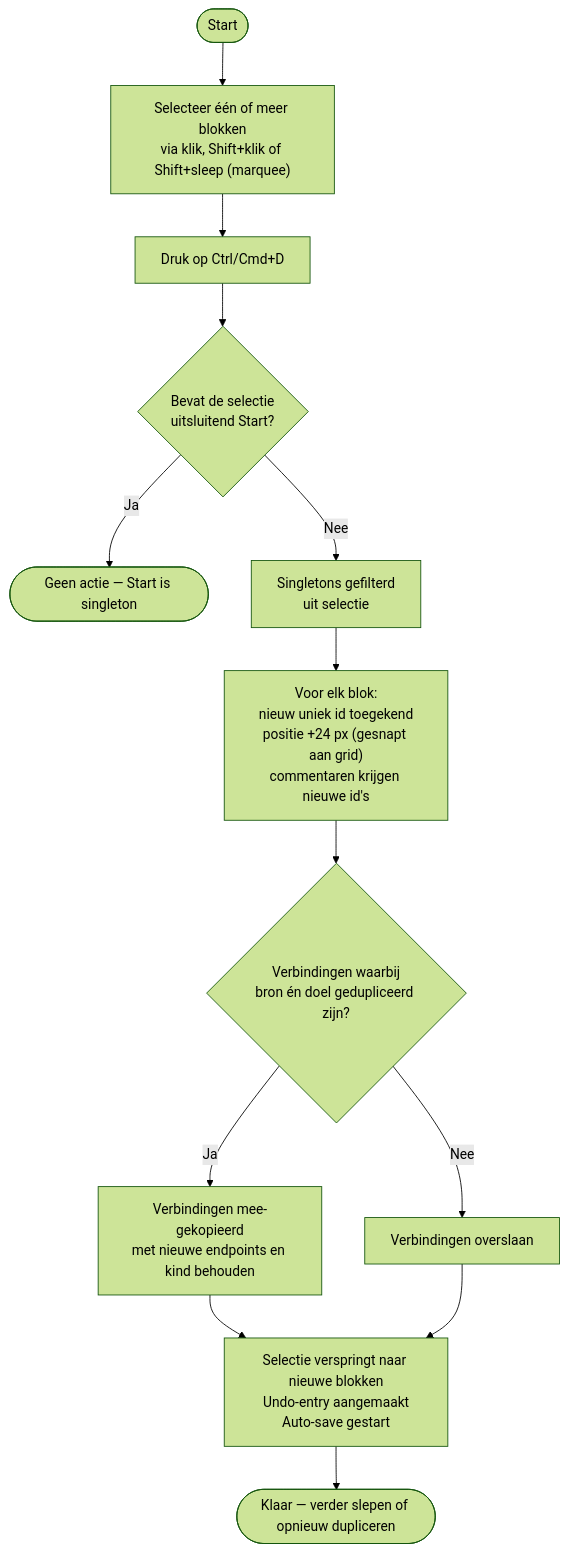
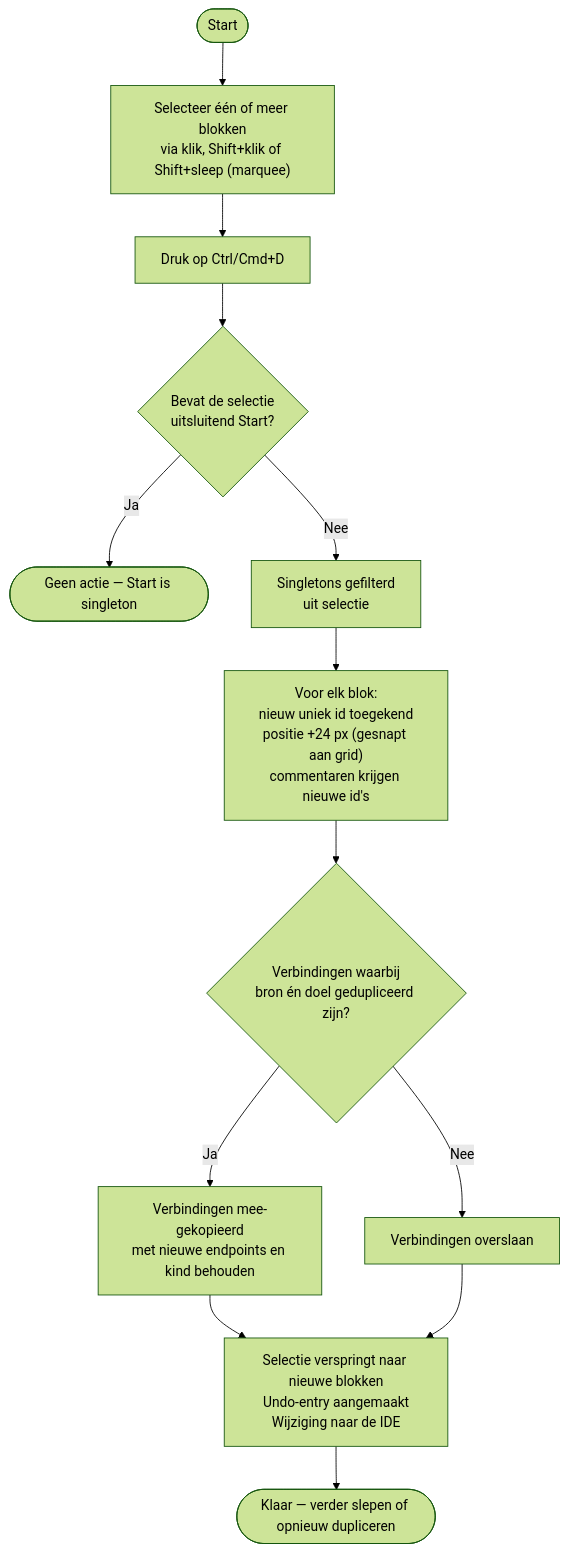
One commit to GRJX/mmd-flowchart changed the fourth of 18 diagrams in docs/USERFLOWS.md. Above: the diagram before and after it, drawn with Mermaid (forest theme). The commit also changed other lines of this file and 36 other files, not shown here.

First line of the commit message:
feat: add MMD Flowchart extension for VS Code

````diff
--- a/docs/USERFLOWS.md
+++ b/docs/USERFLOWS.md
@@ -79,15 +75,15 @@
 ```mermaid
 flowchart TD
     A([Start]) --> B["Selecteer één of meer blokken<br>via klik, Shift+klik of Shift+sleep (marquee)"]
     B --> C["Druk op Ctrl/Cmd+D"]
     C --> D{"Bevat de selectie<br>uitsluitend Start?"}
     D -- Ja --> E([Geen actie — Start is singleton])
     D -- Nee --> F["Singletons gefilterd<br>uit selectie"]
     F --> G["Voor elk blok:<br>nieuw uniek id toegekend<br>positie +24 px (gesnapt aan grid)<br>commentaren krijgen nieuwe id's"]
     G --> H{"Verbindingen waarbij<br>bron én doel gedupliceerd zijn?"}
     H -- Ja --> I["Verbindingen mee-gekopieerd<br>met nieuwe endpoints en kind behouden"]
     H -- Nee --> J["Verbindingen overslaan"]
-    I --> K["Selectie verspringt naar nieuwe blokken<br>Undo-entry aangemaakt<br>Auto-save gestart"]
+    I --> K["Selectie verspringt naar nieuwe blokken<br>Undo-entry aangemaakt<br>Wijziging naar de IDE"]
     J --> K
     K --> L([Klaar — verder slepen of opnieuw dupliceren])
 ```
````
